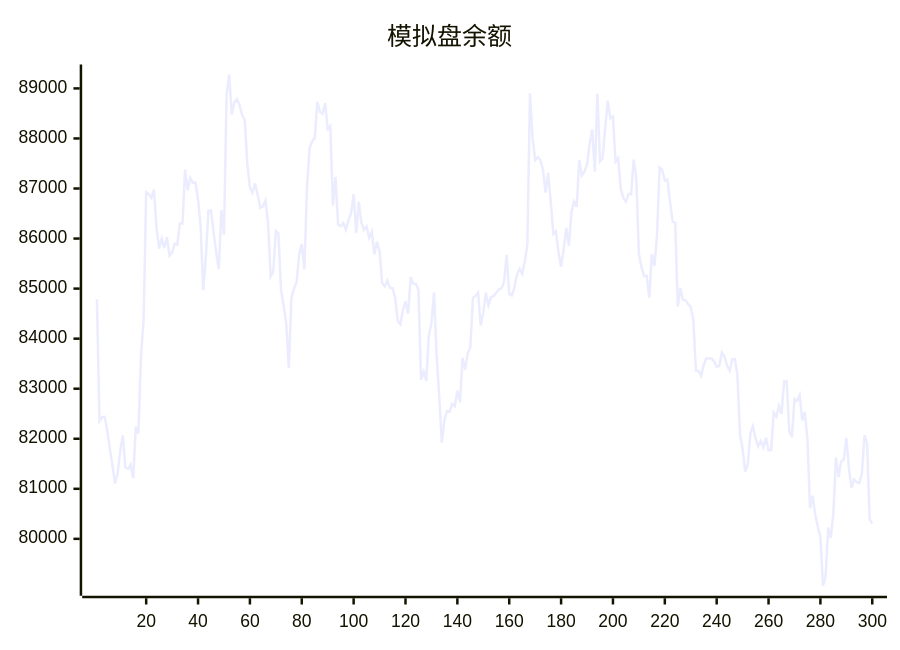
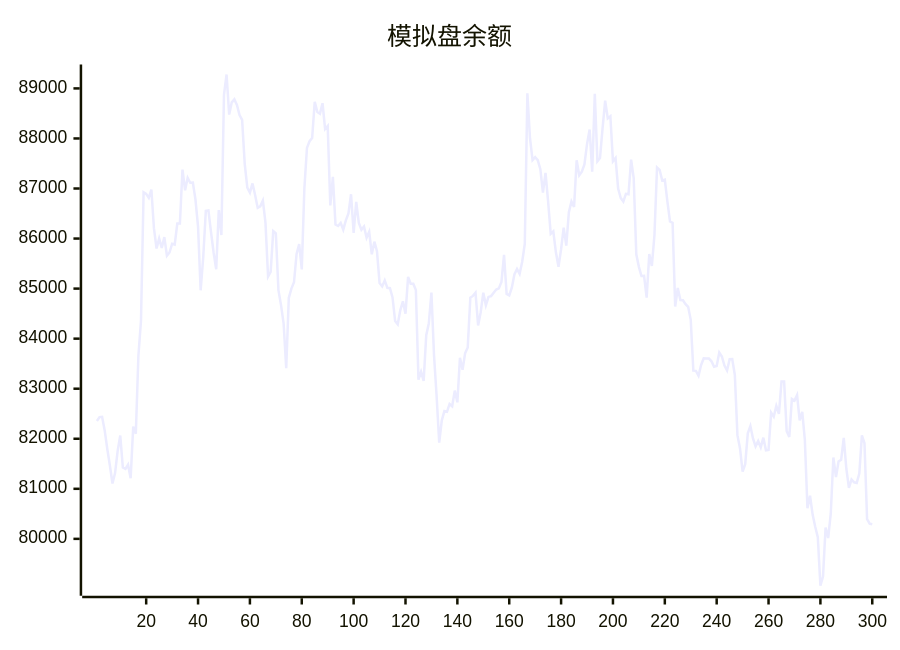
Before and after one commit to aahl/ai-trading: the diagram in README.md, drawn with Mermaid. The commit also changed other lines of this file and 1 other file, not shown here.

````diff
--- a/README.md
+++ b/README.md
@@ -5,5 +5,5 @@
 ```mermaid
 xychart
     title "模拟盘余额"
-    line [84786,82355,82433,82438,82167,81795,81466,81105,81315,81756,82064,81426,81398,81481,81210,82242,82099,83658,84359,86925,86892,86814,86980,86203,85802,86003,85811,86028,85657,85721,85896,85880,86300,86299,87378,86965,87214,87115,87118,86780,86238,84966,85623,86555,86562,86129,85722,85387,86569,86070,88870,89278,88477,88720,88781,88668,88467,88372,87493,87018,86917,87102,86870,86613,86644,86758,86317,85242,85334,86149,86106,84968,84671,84302,83410,84816,85001,85127,85693,85891,85384,87001,87811,87945,88007,88734,88528,88495,88705,88189,88248,86662,87234,86279,86251,86314,86177,86364,86503,86886,86114,86731,86310,86176,86240,86017,86136,85685,85938,85749,85111,85044,85164,85016,85008,84824,84354,84287,84572,84745,84500,85234,85096,85095,84970,83180,83338,83157,84070,84309,84922,83667,82850,81924,82369,82552,82539,82695,82648,82962,82728,83619,83378,83710,83825,84819,84854,84917,84265,84527,84919,84668,84834,84850,84916,84981,85004,85131,85674,84891,84864,85019,85284,85393,85294,85538,85894,88904,88012,87567,87625,87568,87386,86920,87313,86737,86094,86143,85725,85437,85787,86219,85859,86526,86740,86630,87563,87264,87335,87483,87886,88180,87335,88894,87544,87608,88207,88755,88401,88444,87543,87608,87000,86810,86740,86894,86884,87576,87209,85686,85435,85251,85255,84820,85689,85453,86066,87420,87373,87161,87178,86740,86341,86315,84643,85012,84772,84768,84690,84635,84376,83360,83357,83259,83474,83608,83606,83602,83548,83440,83454,83724,83644,83464,83365,83590,83592,83275,82072,81806,81344,81492,82109,82254,82006,81848,81955,81829,82022,81769,81776,82522,82441,82656,82498,83144,83144,82150,82038,82797,82763,82872,82367,82536,81981,80612,80862,80484,80242,80034,79063,79245,80226,80016,80507,81625,81233,81544,81578,82016,81401,81019,81186,81130,81118,81306,82066,81909,80392,80304]
+    line [82355,82433,82438,82167,81795,81466,81105,81315,81756,82064,81426,81398,81481,81210,82242,82099,83658,84359,86925,86892,86814,86980,86203,85802,86003,85811,86028,85657,85721,85896,85880,86300,86299,87378,86965,87214,87115,87118,86780,86238,84966,85623,86555,86562,86129,85722,85387,86569,86070,88870,89278,88477,88720,88781,88668,88467,88372,87493,87018,86917,87102,86870,86613,86644,86758,86317,85242,85334,86149,86106,84968,84671,84302,83410,84816,85001,85127,85693,85891,85384,87001,87811,87945,88007,88734,88528,88495,88705,88189,88248,86662,87234,86279,86251,86314,86177,86364,86503,86886,86114,86731,86310,86176,86240,86017,86136,85685,85938,85749,85111,85044,85164,85016,85008,84824,84354,84287,84572,84745,84500,85234,85096,85095,84970,83180,83338,83157,84070,84309,84922,83667,82850,81924,82369,82552,82539,82695,82648,82962,82728,83619,83378,83710,83825,84819,84854,84917,84265,84527,84919,84668,84834,84850,84916,84981,85004,85131,85674,84891,84864,85019,85284,85393,85294,85538,85894,88904,88012,87567,87625,87568,87386,86920,87313,86737,86094,86143,85725,85437,85787,86219,85859,86526,86740,86630,87563,87264,87335,87483,87886,88180,87335,88894,87544,87608,88207,88755,88401,88444,87543,87608,87000,86810,86740,86894,86884,87576,87209,85686,85435,85251,85255,84820,85689,85453,86066,87420,87373,87161,87178,86740,86341,86315,84643,85012,84772,84768,84690,84635,84376,83360,83357,83259,83474,83608,83606,83602,83548,83440,83454,83724,83644,83464,83365,83590,83592,83275,82072,81806,81344,81492,82109,82254,82006,81848,81955,81829,82022,81769,81776,82522,82441,82656,82498,83144,83144,82150,82038,82797,82763,82872,82367,82536,81981,80612,80862,80484,80242,80034,79063,79245,80226,80016,80507,81625,81233,81544,81578,82016,81401,81019,81186,81130,81118,81306,82066,81909,80392,80304,80291]
 ```
````
